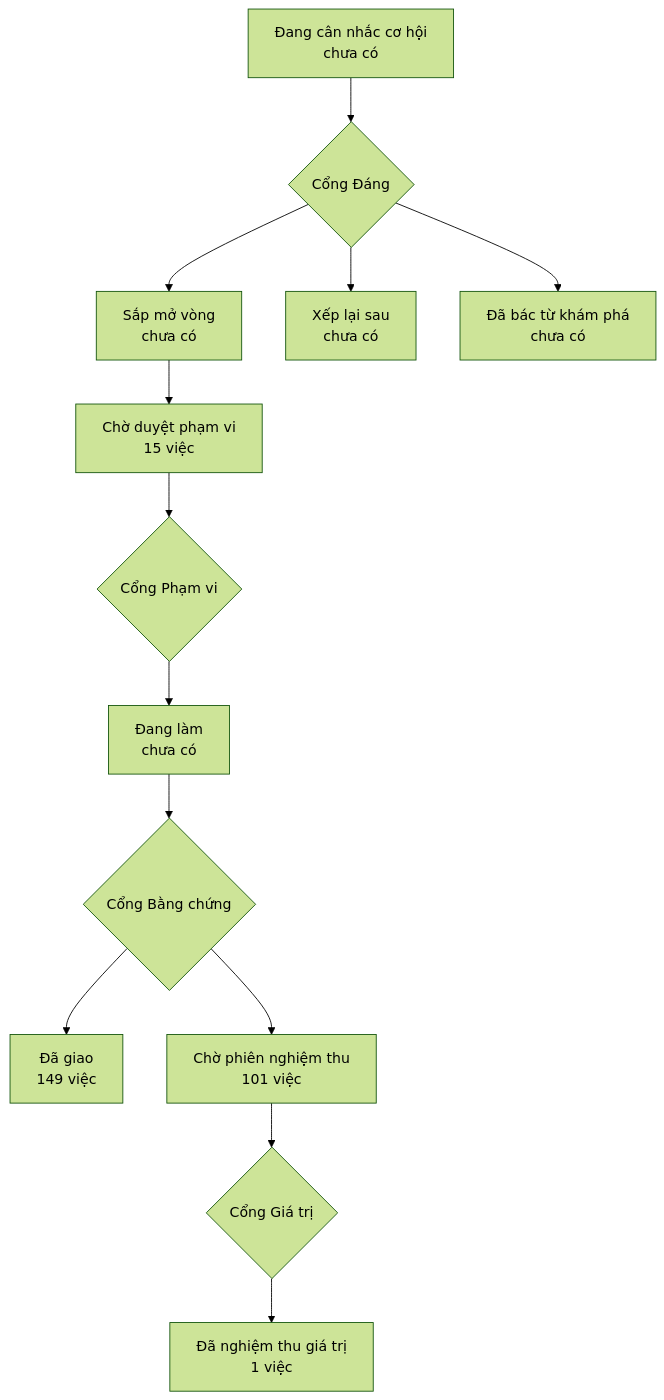
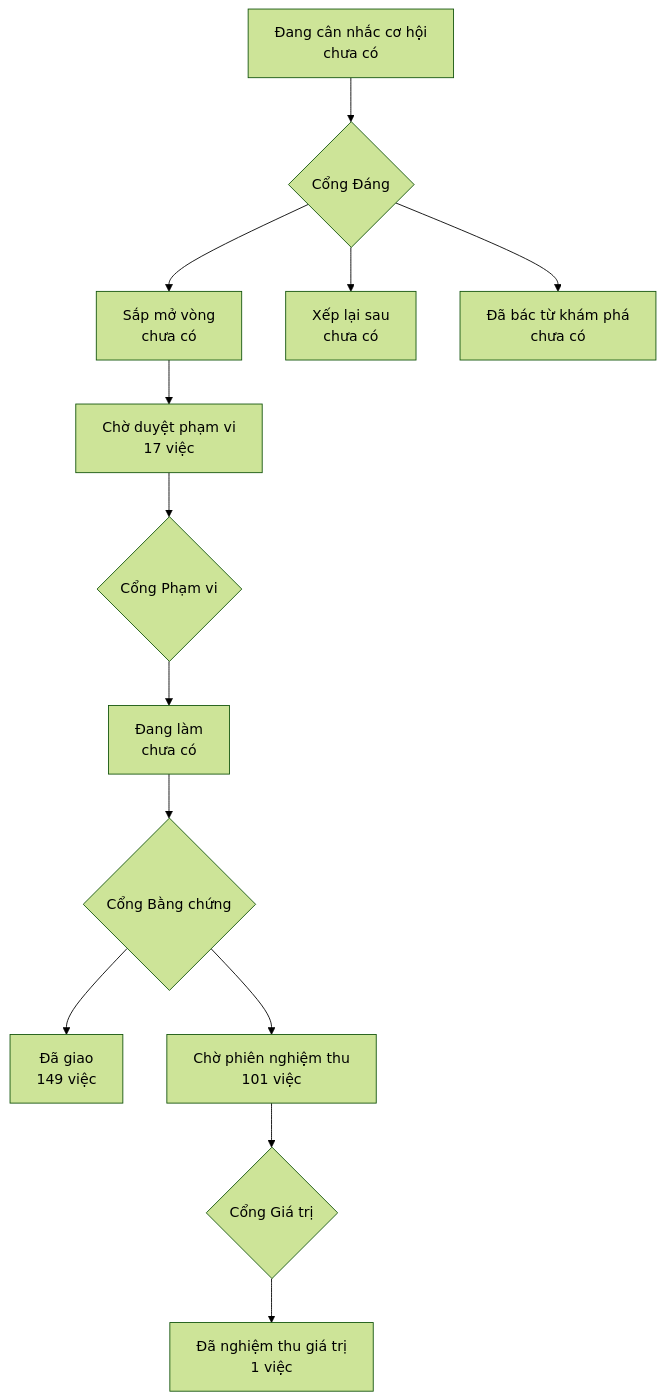
Before and after one commit to phanlemanh/onehub-invest: the diagram in PRODUCT-MAP.md, drawn with Mermaid (forest theme). The commit also changed other lines of this file and 1 other file, not shown here.

Commit message:
chore(acceptance): vẽ lại bản đồ sau khi gộp main vào nhánh PL30

````diff
--- a/PRODUCT-MAP.md
+++ b/PRODUCT-MAP.md
@@ -7,12 +7,12 @@
 ```mermaid
 flowchart TD
   A["Đang cân nhắc cơ hội<br/>chưa có"] --> GD{"Cổng Đáng"}
   GD --> B["Sắp mở vòng<br/>chưa có"]
   GD --> XL["Xếp lại sau<br/>chưa có"]
   GD --> DB["Đã bác từ khám phá<br/>chưa có"]
-  B --> CD["Chờ duyệt phạm vi<br/>15 việc"] --> GP{"Cổng Phạm vi"}
+  B --> CD["Chờ duyệt phạm vi<br/>17 việc"] --> GP{"Cổng Phạm vi"}
   GP --> DL["Đang làm<br/>chưa có"] --> GB{"Cổng Bằng chứng"}
   GB --> DG["Đã giao<br/>149 việc"]
   GB --> CN["Chờ phiên nghiệm thu<br/>101 việc"] --> GG{"Cổng Giá trị"}
   GG --> NT["Đã nghiệm thu giá trị<br/>1 việc"]
 ```
````
